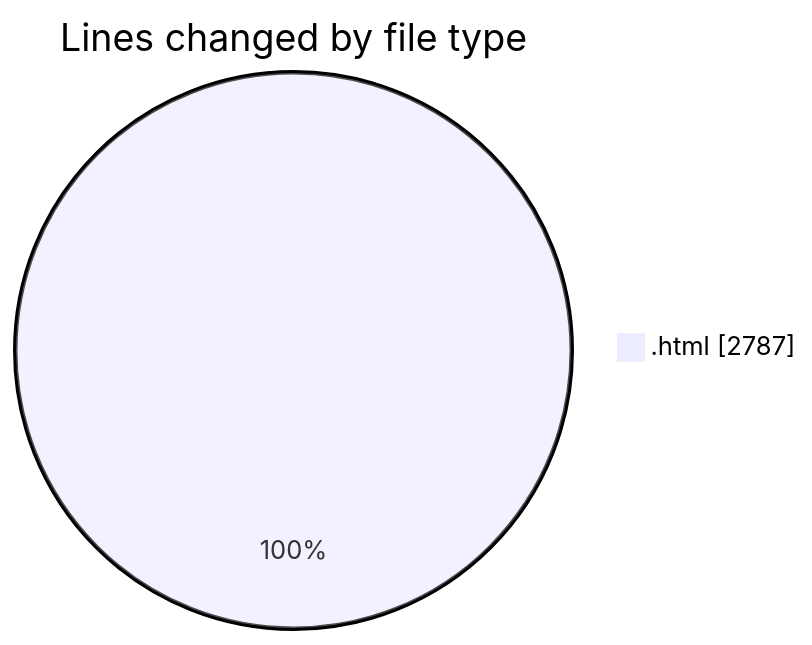
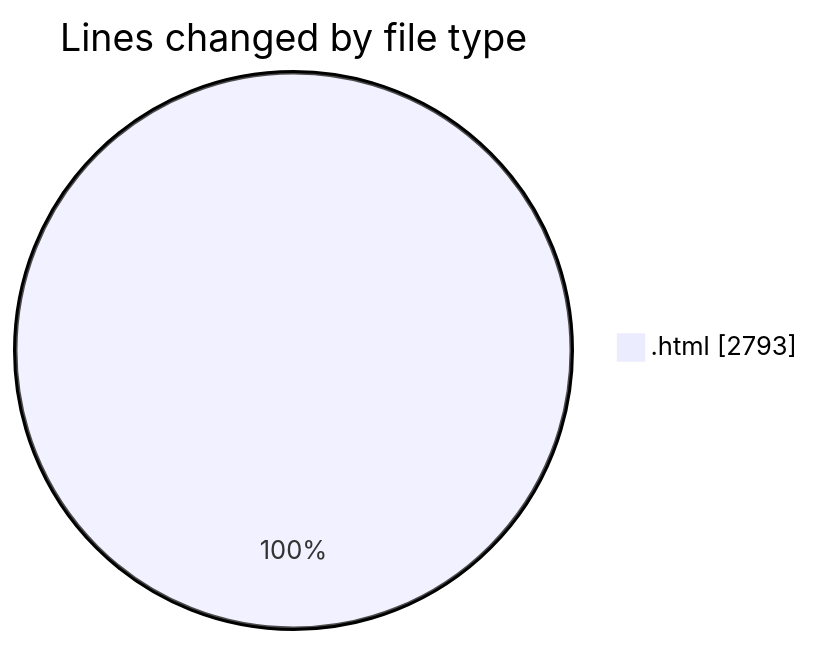
Before and after one commit to Ritupan-Deka/code-tracking: the first of 2 diagrams in 2025-05-03/realtimecollaborativeapp/README.md, drawn with Mermaid. The commit also changed other lines of this file and 1 other file, not shown here.

````diff
--- a/2025-05-03/realtimecollaborativeapp/README.md
+++ b/2025-05-03/realtimecollaborativeapp/README.md
@@ -20,5 +20,5 @@
 ```mermaid
 pie showData
 title Lines changed by file type
-".html" : 2787
+".html" : 2793
 ```
````
